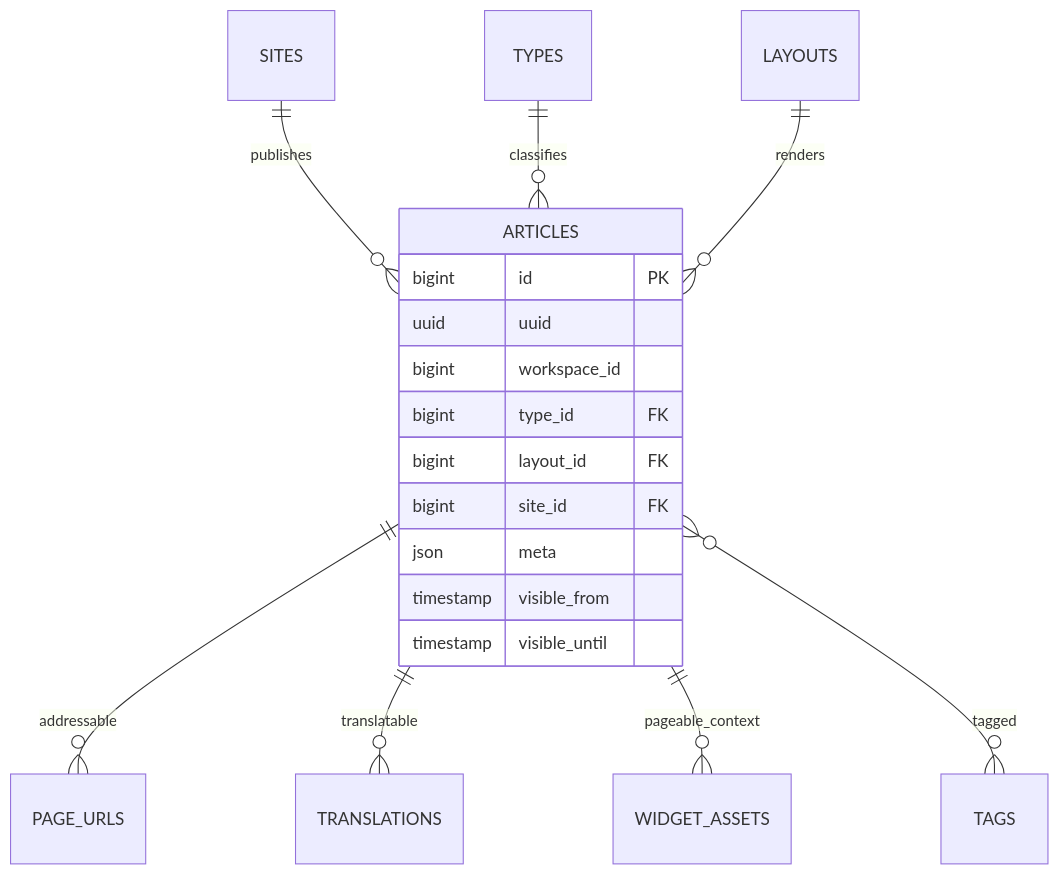
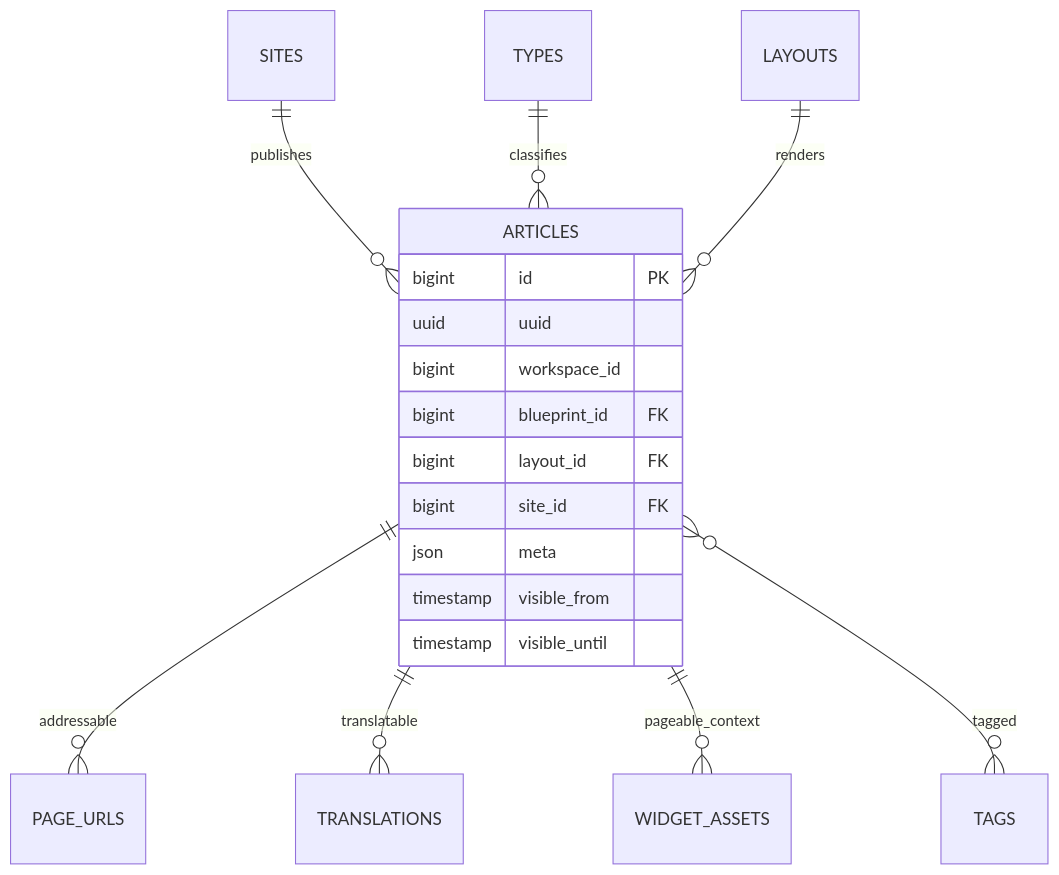
Before and after one commit to capell-app/blog: the diagram in docs/overview.md, drawn with Mermaid. The commit also changed other lines of this file and 121 other files, not shown here.

````diff
--- a/docs/overview.md
+++ b/docs/overview.md
@@ -108,22 +113,22 @@
 ```mermaid
 erDiagram
     SITES ||--o{ ARTICLES : publishes
     TYPES ||--o{ ARTICLES : classifies
     LAYOUTS ||--o{ ARTICLES : renders
     ARTICLES ||--o{ PAGE_URLS : addressable
     ARTICLES ||--o{ TRANSLATIONS : translatable
     ARTICLES ||--o{ WIDGET_ASSETS : pageable_context
     ARTICLES }o--o{ TAGS : tagged
 
     ARTICLES {
         bigint id PK
         uuid uuid
         bigint workspace_id
-        bigint type_id FK
+        bigint blueprint_id FK
         bigint layout_id FK
         bigint site_id FK
         json meta
         timestamp visible_from
         timestamp visible_until
     }
 ```
````
